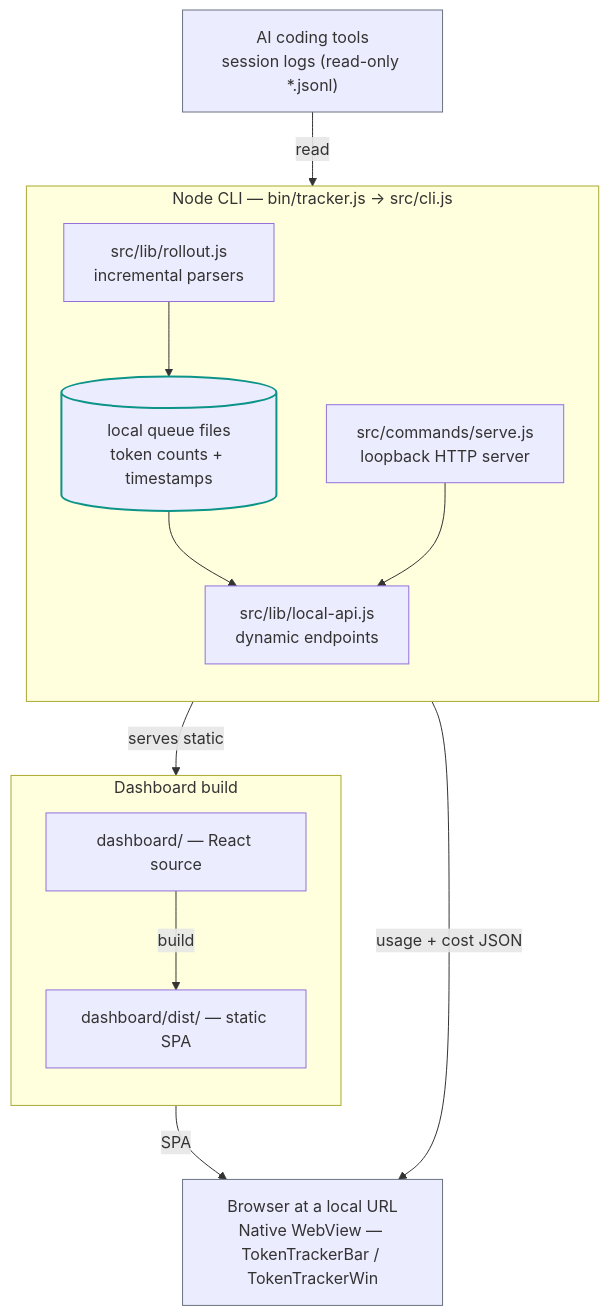
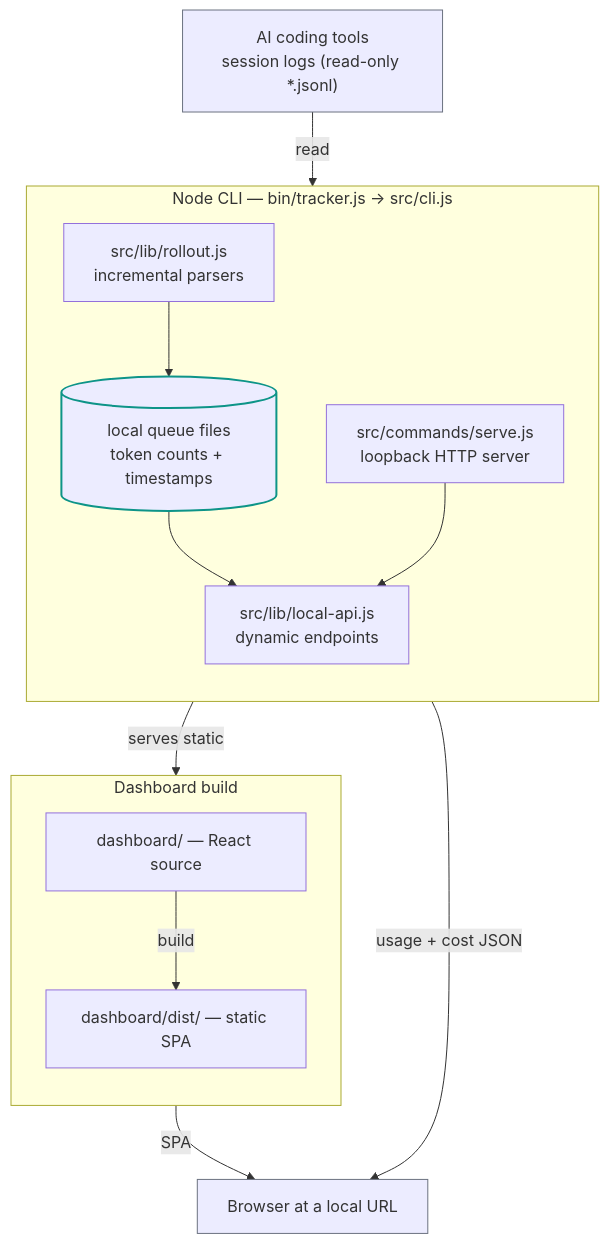
The diagram in openwiki/README.md (pitimon/TokenTracker), drawn with Mermaid before and after one commit. The commit also changed other lines of this file and 195 other files, not shown here.

Commit message:
feat: focus product on local web dashboard (#181)

````diff
--- a/openwiki/README.md
+++ b/openwiki/README.md
@@ -9,34 +9,34 @@
 ```mermaid
 flowchart TD
     tools["AI coding tools<br/>session logs (read-only *.jsonl)"]
 
     subgraph runtime["Node CLI — bin/tracker.js → src/cli.js"]
         direction TB
         parsers["src/lib/rollout.js<br/>incremental parsers"]
         queue[("local queue files<br/>token counts + timestamps")]
         serve["src/commands/serve.js<br/>loopback HTTP server"]
         api["src/lib/local-api.js<br/>dynamic endpoints"]
     end
 
     subgraph front["Dashboard build"]
         direction TB
         dsrc["dashboard/ — React source"]
         dist["dashboard/dist/ — static SPA"]
     end
 
-    consumers["Browser at a local URL<br/>Native WebView — TokenTrackerBar / TokenTrackerWin"]
+    consumers["Browser at a local URL"]
 
     tools -->|read| parsers
     parsers --> queue
     queue --> api
     serve --> api
     serve -->|serves static| dist
     dsrc -->|build| dist
     api -->|usage + cost JSON| consumers
     dist -->|SPA| consumers
 
     classDef store stroke:#0d9488,stroke-width:2px;
     classDef edge stroke:#6b7280;
     class queue store;
     class tools,consumers edge;
 ```
````
